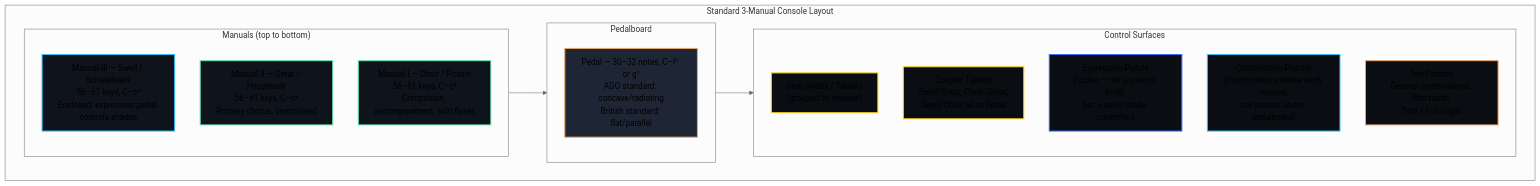
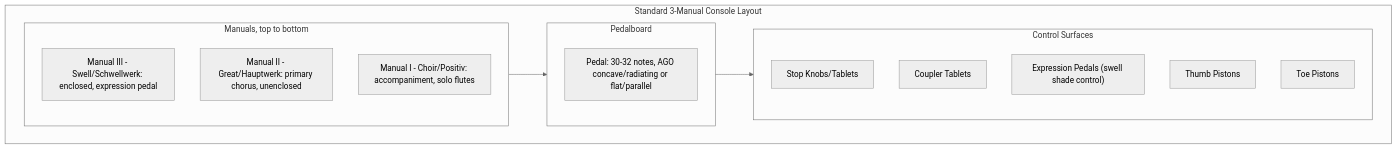
One commit to blebleblee/synapse changed the fourth of 8 diagrams in topics/arts/music_performance/organ/lesson_01_organ_anatomy.md. Above: the diagram before and after it, drawn with Mermaid (neutral theme). The commit also changed other lines of this file and 4 other files, not shown here.

````diff
--- a/topics/arts/music_performance/organ/lesson_01_organ_anatomy.md
+++ b/topics/arts/music_performance/organ/lesson_01_organ_anatomy.md
@@ -175,32 +137,21 @@
 ```mermaid
 graph TB
     subgraph sub_console_layout ["Standard 3-Manual Console Layout"]
-        subgraph sub_manuals ["Manuals (top to bottom)"]
-            M3["Manual III — Swell / Schwellwerk\n56–61 keys, C–c⁴\nEnclosed: expression pedal controls shades"]
-            M2["Manual II — Great / Hauptwerk\n56–61 keys, C–c⁴\nPrimary chorus, unenclosed"]
-            M1["Manual I — Choir / Positiv\n56–61 keys, C–c⁴\nCompanion, accompaniment, solo flutes"]
+        subgraph sub_manuals ["Manuals, top to bottom"]
+            M3["Manual III - Swell/Schwellwerk: enclosed, expression pedal"]
+            M2["Manual II - Great/Hauptwerk: primary chorus, unenclosed"]
+            M1["Manual I - Choir/Positiv: accompaniment, solo flutes"]
         end
         subgraph sub_pedal ["Pedalboard"]
-            PED["Pedal — 30–32 notes, C–f¹ or g¹\nAGO standard: concave/radiating\nBritish standard: flat/parallel"]
+            PED["Pedal: 30-32 notes, AGO concave/radiating or flat/parallel"]
         end
         subgraph sub_controls ["Control Surfaces"]
-            ST["Stop Knobs / Tablets\n(grouped by division)"]
-            CP["Coupler Tablets\nSwell/Great, Choir/Great,\nSwell/Choir, all to Pedal"]
-            EXP["Expression Pedals\n(rocker — not a volume knob,\nbut a swell shade controller)"]
-            COMB["Combination Pistons\n(thumb pistons below each manual,\ntoe pistons above pedalboard)"]
-            TOE["Toe Pistons\nGeneral combinations, Sforzando,\nTutti / Full Organ"]
+            ST["Stop Knobs/Tablets"]
+            CP["Coupler Tablets"]
+            EXP["Expression Pedals (swell shade control)"]
+            COMB["Thumb Pistons"]
+            TOE["Toe Pistons"]
         end
-        sub_manuals --> sub_pedal
-        sub_pedal --> sub_controls
+        sub_manuals --> sub_pedal --> sub_controls
     end
-
-    style M3 fill:#0F131C,stroke:#38BDF8,stroke-width:2px
-    style M2 fill:#0F131C,stroke:#6EE7B7,stroke-width:2px
-    style M1 fill:#0F131C,stroke:#6EE7B7,stroke-width:2px
-    style PED fill:#1E2636,stroke:#E9A568,stroke-width:2px
-    style ST fill:#0A0D12,stroke:#FACC15,stroke-width:2px
-    style CP fill:#0A0D12,stroke:#FACC15,stroke-width:2px
-    style EXP fill:#0A0D12,stroke:#3B6DFF,stroke-width:2px
-    style COMB fill:#0A0D12,stroke:#38BDF8,stroke-width:2px
-    style TOE fill:#0A0D12,stroke:#E9A568,stroke-width:2px
 ```
````
